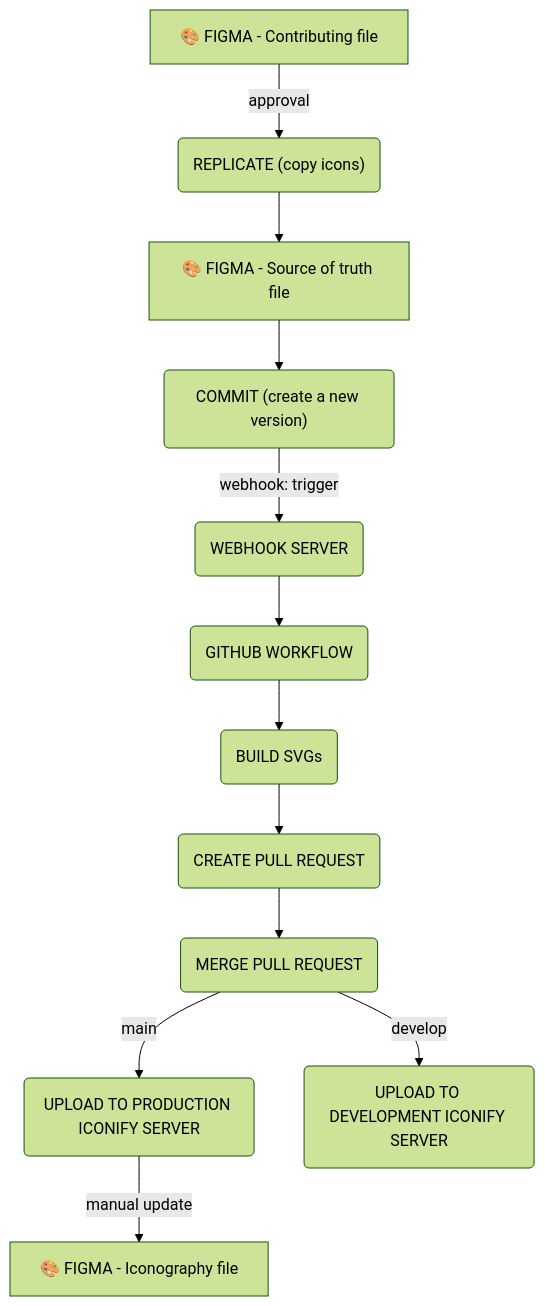
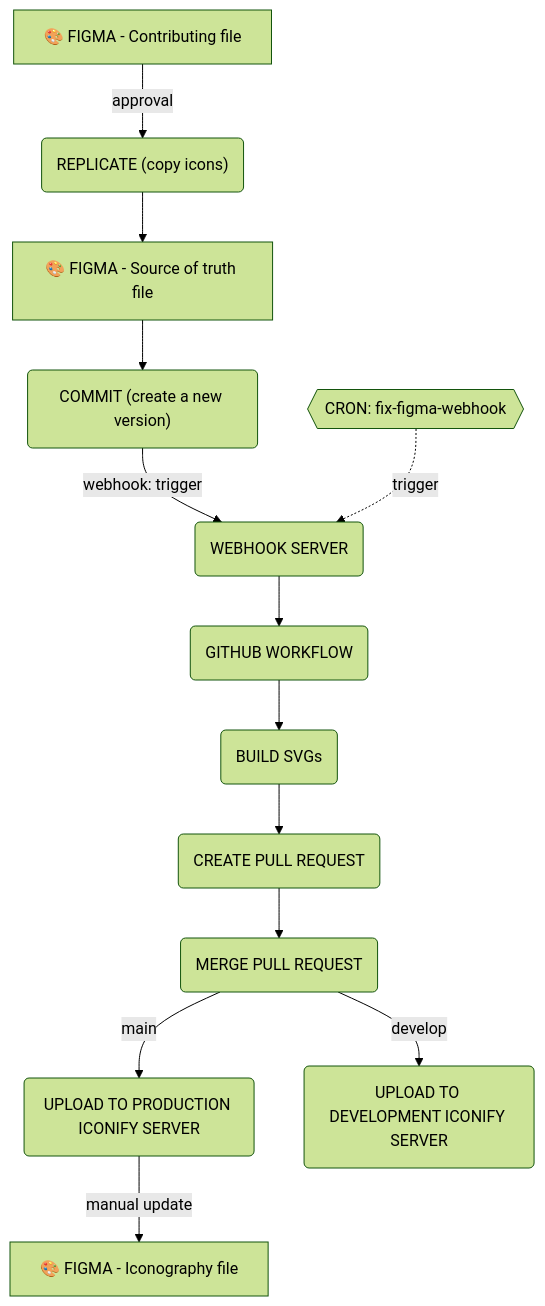
Before and after one commit to Infomaniak/design-system: the diagram in packages/assets/images/svg/README.md, drawn with Mermaid (forest theme).

Commit message:
docs(fix-sigma-webhook-script): add workflow in graph

````diff
--- a/packages/assets/images/svg/README.md
+++ b/packages/assets/images/svg/README.md
@@ -79,27 +79,31 @@
 ```mermaid
 flowchart TD
   FIGMA_CONTRIBUTING["🎨 FIGMA - Contributing file"]
   REPLICATE("REPLICATE (copy icons)")
   FIGMA_SOURCE_OF_TRUTH["🎨 FIGMA - Source of truth file"]
   COMMIT("COMMIT (create a new version)")
   WEBHOOK_SERVER("WEBHOOK SERVER")
   GITHUB_WORKFLOW("GITHUB WORKFLOW")
   BUILD_SVGS("BUILD SVGs")
   CREATE_PR("CREATE PULL REQUEST")
   MERGE_PR("MERGE PULL REQUEST")
   UPLOAD_PROD("UPLOAD TO PRODUCTION ICONIFY SERVER")
   UPLOAD_DEVELOP("UPLOAD TO DEVELOPMENT ICONIFY SERVER")
   FIGMA_ICONOGRAPHY_GUIDELINE["🎨 FIGMA - Iconography file"]
 
   FIGMA_CONTRIBUTING -- "approval" --> REPLICATE
   REPLICATE --> FIGMA_SOURCE_OF_TRUTH
   FIGMA_SOURCE_OF_TRUTH --> COMMIT
   COMMIT -- "webhook: trigger" --> WEBHOOK_SERVER
   WEBHOOK_SERVER --> GITHUB_WORKFLOW
   GITHUB_WORKFLOW --> BUILD_SVGS
   BUILD_SVGS --> CREATE_PR
   CREATE_PR --> MERGE_PR
   MERGE_PR -- "main" --> UPLOAD_PROD
   MERGE_PR -- "develop" --> UPLOAD_DEVELOP
   UPLOAD_PROD -- "manual update" --> FIGMA_ICONOGRAPHY_GUIDELINE
+
+  %% FIX_FIGMA_WEBHOOK
+  FIX_FIGMA_WEBHOOK{{"CRON: fix-figma-webhook"}}
+  FIX_FIGMA_WEBHOOK -. "trigger" .-> WEBHOOK_SERVER
 ```
````
